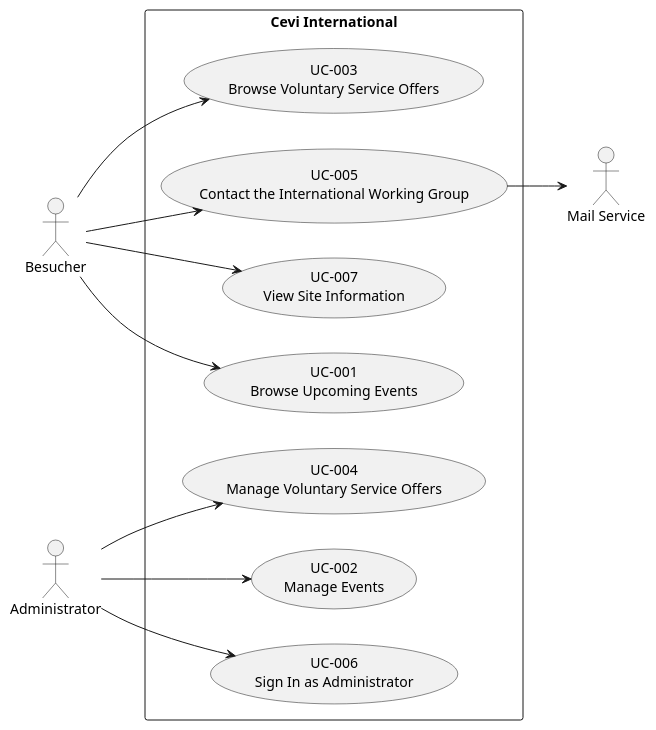
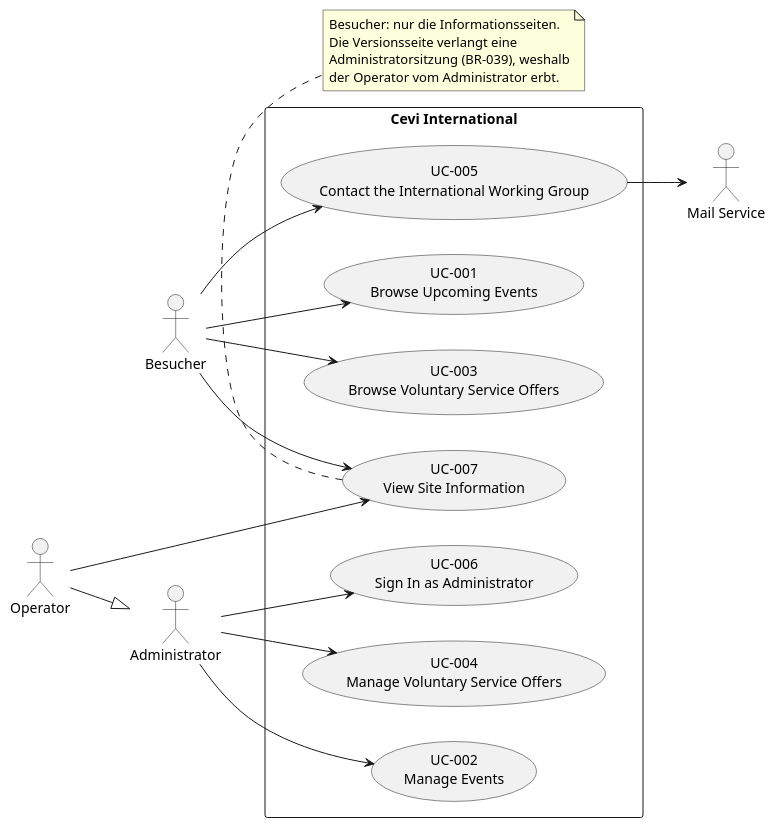
One commit to CeviFGI/cevi-int changed the diagram in docs/use_cases.puml. Above: the diagram before and after it, drawn with PlantUML. The commit also changed 68 other files, not shown here.

```diff
--- a/docs/use_cases.puml
+++ b/docs/use_cases.puml
@@ -1,29 +1,41 @@
 @startuml Use Cases Overview
 left to right direction
 
 actor "Besucher" as visitor
 actor "Administrator" as admin
+actor "Operator" as operator
 actor "Mail Service" as mail
+
+operator --|> admin
 
 rectangle "Cevi International" {
     usecase "UC-001\nBrowse Upcoming Events" as UC001
     usecase "UC-002\nManage Events" as UC002
     usecase "UC-003\nBrowse Voluntary Service Offers" as UC003
     usecase "UC-004\nManage Voluntary Service Offers" as UC004
     usecase "UC-005\nContact the International Working Group" as UC005
     usecase "UC-006\nSign In as Administrator" as UC006
     usecase "UC-007\nView Site Information" as UC007
 }
 
 visitor --> UC001
 visitor --> UC003
 visitor --> UC005
 visitor --> UC007
 
 admin --> UC002
 admin --> UC004
 admin --> UC006
 
+operator --> UC007
+
 UC005 --> mail
 
+note bottom of UC007
+  Besucher: nur die Informationsseiten.
+  Die Versionsseite verlangt eine
+  Administratorsitzung (BR-039), weshalb
+  der Operator vom Administrator erbt.
+end note
+
 @enduml
```
